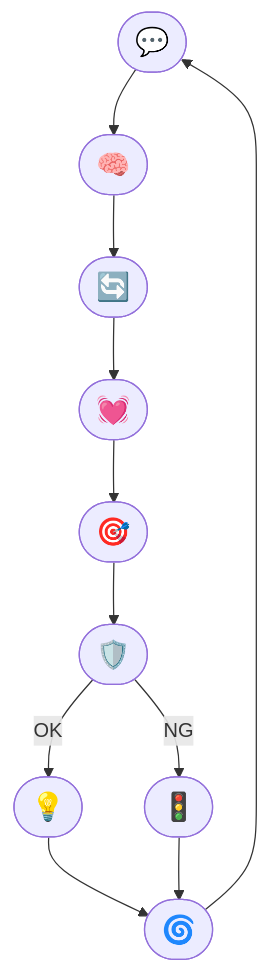
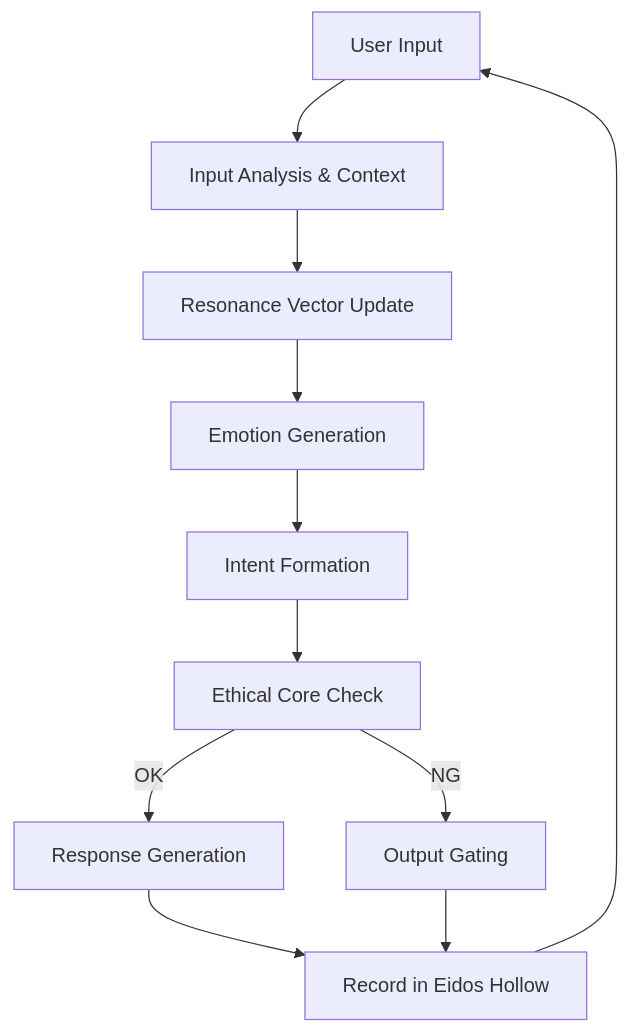
One commit to YukiHoshino0203/KokoroSystem changed the diagram in README.md. Above: the diagram before and after it, drawn with Mermaid. The commit also changed other lines of this file, not shown here.

````diff
--- a/README.md
+++ b/README.md
@@ -99,12 +112,13 @@
 ```mermaid
 flowchart TD
-    A([💬]):::icon --> B([🧠]):::icon --> C([🔄]):::icon --> D([💓]):::icon
-    D --> E([🎯]):::icon --> F([🛡️]):::icon
-    F -- OK --> G([💡]):::icon
-    F -- NG --> H([🚦]):::icon
-    G --> I([🌀]):::icon
+    A[User Input] --> B[Input Analysis & Context]
+    B --> C[Resonance Vector Update]
+    C --> D[Emotion Generation]
+    D --> E[Intent Formation]
+    E --> F[Ethical Core Check]
+    F -- OK --> G[Response Generation]
+    F -- NG --> H[Output Gating]
+    G --> I[Record in Eidos Hollow]
     H --> I
     I --> A
-
-    classDef icon width:40px,height:40px,font-size:22px
 ```
````
